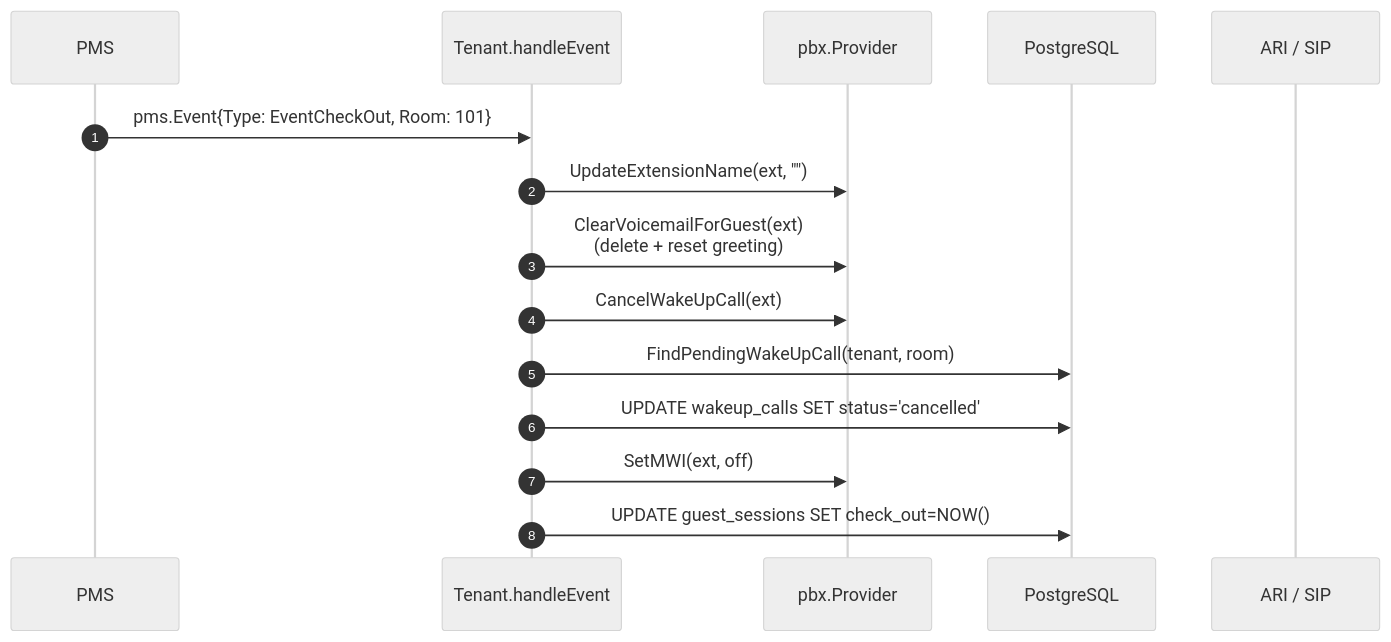
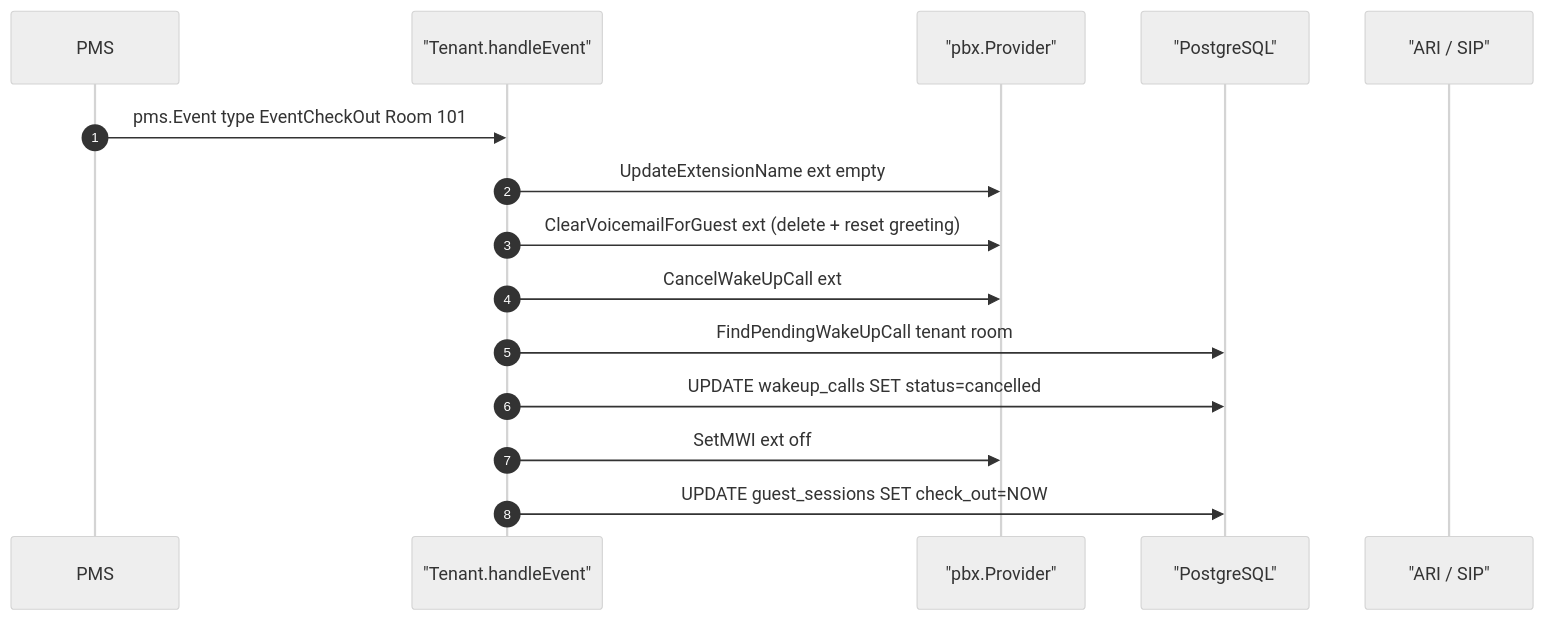
One commit to sagostin/pbx-hospitality changed the fourth of 12 diagrams in docs/DATA-FLOW.md. Above: the diagram before and after it, drawn with Mermaid (neutral theme). The commit also changed other lines of this file and 4 other files, not shown here.

First line of the commit message:
docs(mermaid): fix all 28 mermaid diagrams to render reliably

````diff
--- a/docs/DATA-FLOW.md
+++ b/docs/DATA-FLOW.md
@@ -117,18 +123,18 @@
 ```mermaid
 sequenceDiagram
     autonumber
-    participant PMS as PMS
-    participant Tenant as Tenant.handleEvent
-    participant PBX as pbx.Provider
-    participant DB as PostgreSQL
-    participant ARI as ARI / SIP
+    participant PMS
+    participant Tenant as "Tenant.handleEvent"
+    participant PBX as "pbx.Provider"
+    participant DB as "PostgreSQL"
+    participant ARI as "ARI / SIP"
 
-    PMS->>Tenant: pms.Event{Type: EventCheckOut, Room: 101}
-    Tenant->>PBX: UpdateExtensionName(ext, "")
-    Tenant->>PBX: ClearVoicemailForGuest(ext)<br/>(delete + reset greeting)
-    Tenant->>PBX: CancelWakeUpCall(ext)
-    Tenant->>DB: FindPendingWakeUpCall(tenant, room)
-    Tenant->>DB: UPDATE wakeup_calls SET status='cancelled'
-    Tenant->>PBX: SetMWI(ext, off)
-    Tenant->>DB: UPDATE guest_sessions SET check_out=NOW()
+    PMS->>Tenant: pms.Event type EventCheckOut Room 101
+    Tenant->>PBX: UpdateExtensionName ext empty
+    Tenant->>PBX: ClearVoicemailForGuest ext (delete + reset greeting)
+    Tenant->>PBX: CancelWakeUpCall ext
+    Tenant->>DB: FindPendingWakeUpCall tenant room
+    Tenant->>DB: UPDATE wakeup_calls SET status=cancelled
+    Tenant->>PBX: SetMWI ext off
+    Tenant->>DB: UPDATE guest_sessions SET check_out=NOW
 ```
````
